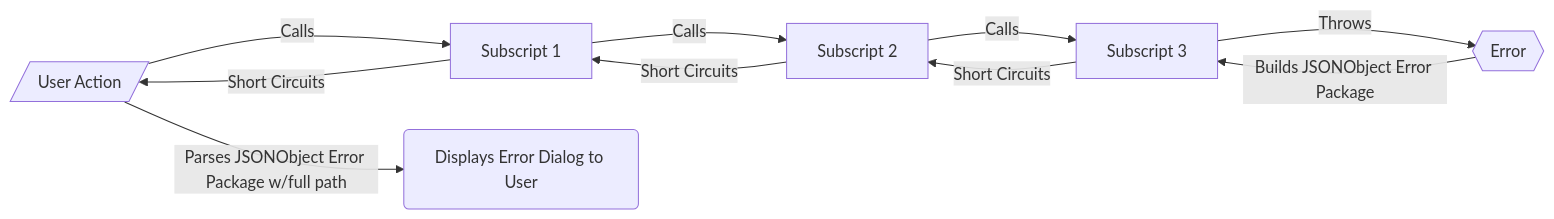
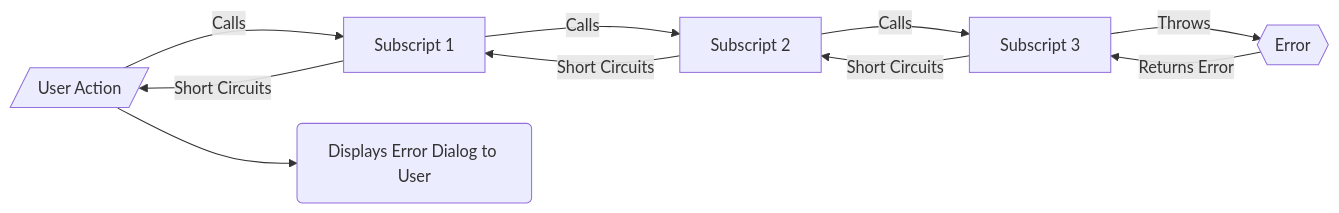
One commit to CloudChi/FX-Framework changed the third of 3 diagrams in Error_Trapping_Returning.md. Above: the diagram before and after it, drawn with Mermaid. The commit also changed other lines of this file, not shown here.

````diff
--- a/Error_Trapping_Returning.md
+++ b/Error_Trapping_Returning.md
@@ -55,12 +55,12 @@
 ```mermaid
 graph LR
     A[/User Action/] -- Calls --> B[Subscript 1] 
     B -- Calls --> C[Subscript 2] 
     C -- Calls --> D[Subscript 3] 
     D -- Throws --> E{{Error}}
-    E -- Builds JSONObject Error Package --> D
+    E -- Returns Error --> D
     D -- Short Circuits --> C
     C -- Short Circuits --> B
     B -- Short Circuits --> A
-    A -- Parses JSONObject Error Package w/full path --> H(Displays Error Dialog to User)    
+    A --> H(Displays Error Dialog to User)    
 ```
````
